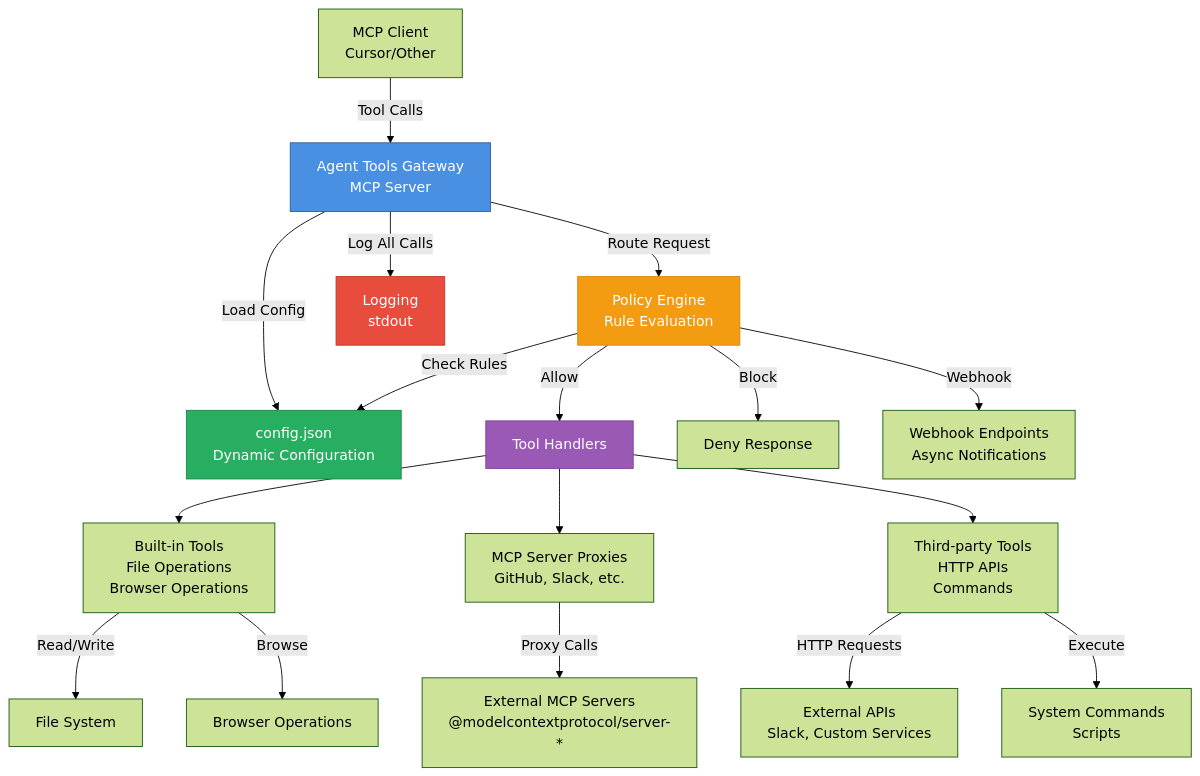
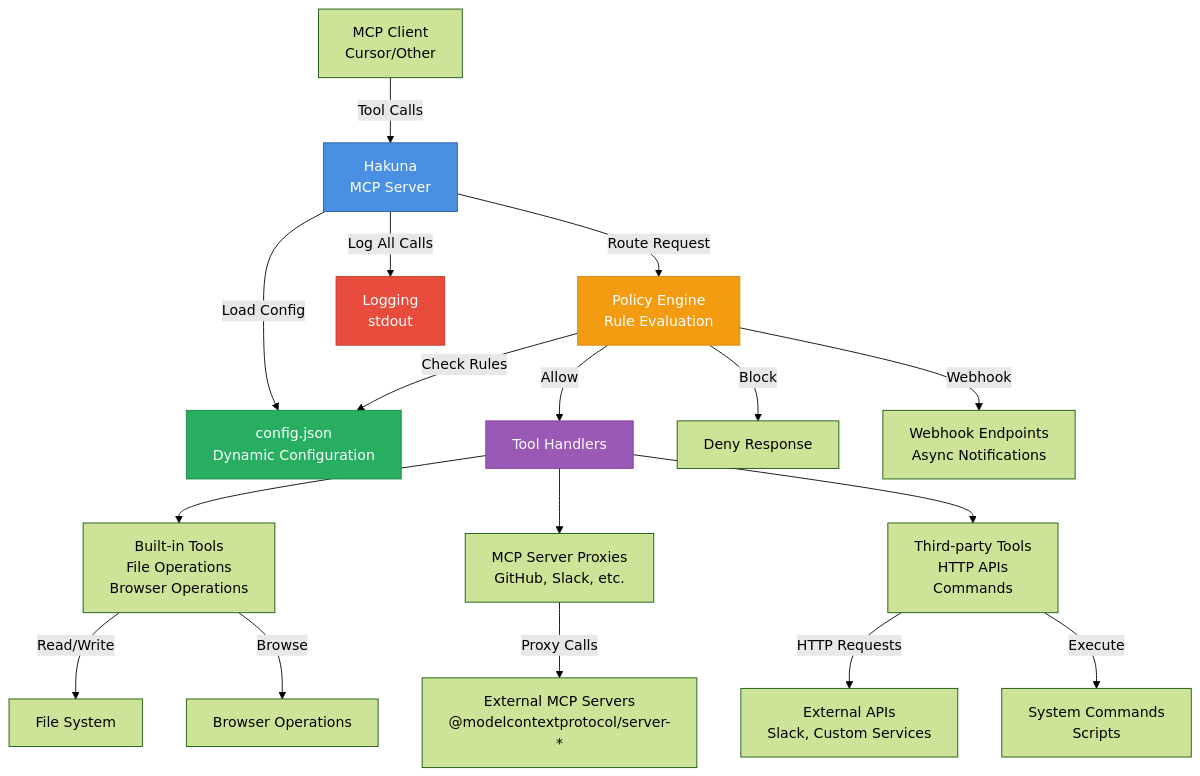
One commit to MrAnde7son/emseepee changed the diagram in README.md. Above: the diagram before and after it, drawn with Mermaid (forest theme). The commit also changed other lines of this file and 7 other files, not shown here.

````diff
--- a/README.md
+++ b/README.md
@@ -18,32 +18,32 @@
 ```mermaid
 graph TB
-    Client[MCP Client<br/>Cursor/Other] -->|Tool Calls| Gateway[Agent Tools Gateway<br/>MCP Server]
+    Client[MCP Client<br/>Cursor/Other] -->|Tool Calls| Gateway[Hakuna<br/>MCP Server]
     Gateway -->|Load Config| Config[config.json<br/>Dynamic Configuration]
     
     Gateway -->|Route Request| Policy[Policy Engine<br/>Rule Evaluation]
     Policy -->|Check Rules| Config
     
     Policy -->|Allow| Handlers[Tool Handlers]
     Policy -->|Block| Response[Deny Response]
     
     Handlers --> BuiltIn[Built-in Tools<br/>File Operations<br/>Browser Operations]
     Handlers --> MCPProxy[MCP Server Proxies<br/>GitHub, Slack, etc.]
     Handlers --> ThirdParty[Third-party Tools<br/>HTTP APIs<br/>Commands]
     
     MCPProxy -->|Proxy Calls| ExternalMCP[External MCP Servers<br/>@modelcontextprotocol/server-*]
     ThirdParty -->|HTTP Requests| ExternalAPI[External APIs<br/>Slack, Custom Services]
     ThirdParty -->|Execute| Commands[System Commands<br/>Scripts]
     
     BuiltIn -->|Read/Write| FileSystem[File System]
     BuiltIn -->|Browse| Browser[Browser Operations]
     
     Gateway -->|Log All Calls| Logger[Logging<br/>stdout]
     
     Policy -->|Webhook| Webhook[Webhook Endpoints<br/>Async Notifications]
     
     style Gateway fill:#4a90e2,stroke:#2c5aa0,color:#fff
     style Policy fill:#f39c12,stroke:#d68910,color:#fff
     style Config fill:#27ae60,stroke:#1e8449,color:#fff
     style Handlers fill:#9b59b6,stroke:#7d3c98,color:#fff
     style Logger fill:#e74c3c,stroke:#c0392b,color:#fff
 ```
````
